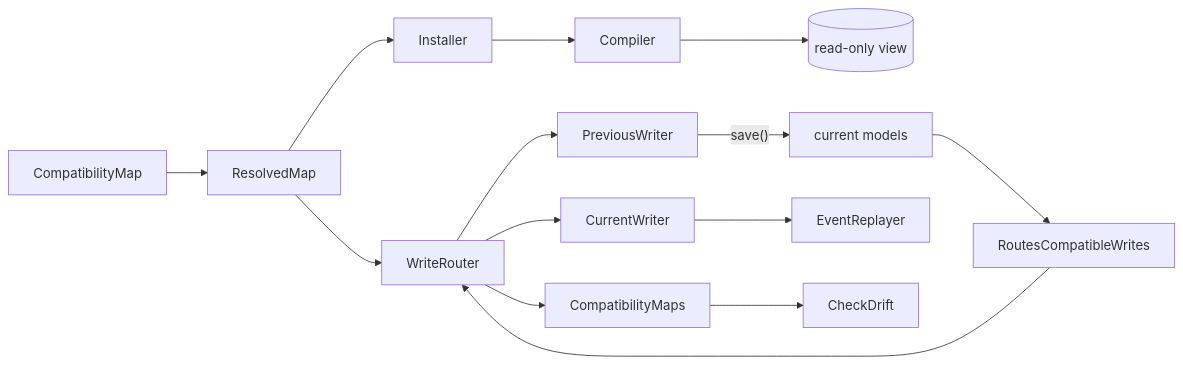
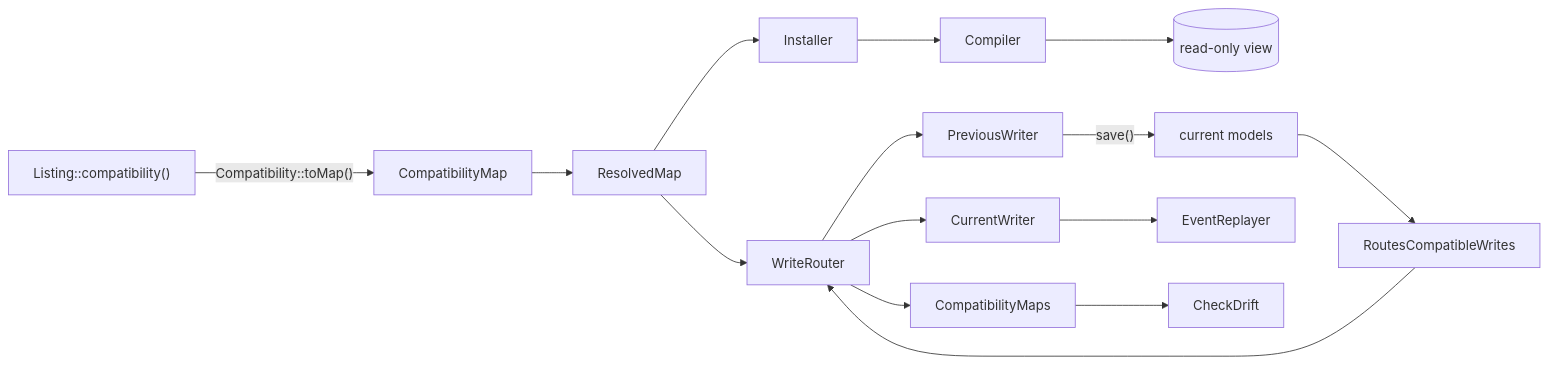
The diagram in docs/architecture.md (AryeoHQ/eloquent-compatibility), drawn with Mermaid before and after one commit. The commit also changed other lines of this file and 10 other files, not shown here.

````diff
--- a/docs/architecture.md
+++ b/docs/architecture.md
@@ -41,16 +42,17 @@
 ```mermaid
 flowchart LR
+  Definition["Listing::compatibility()"] -->|"Compatibility::toMap()"| Map
   Map["CompatibilityMap"] --> Resolved["ResolvedMap"]
   Resolved --> Installer
   Installer --> Compiler
   Compiler --> View[("read-only view")]
   Resolved --> Router["WriteRouter"]
   Builder["RoutesCompatibleWrites"] --> Router
   Router --> Previous["PreviousWriter"]
   Router --> Current["CurrentWriter"]
   Previous -->|"save()"| Models["current models"]
   Models --> Builder
   Current --> Replayer["EventReplayer"]
   Router --> Registry["CompatibilityMaps"]
   Registry --> Check["CheckDrift"]
 ```
````
